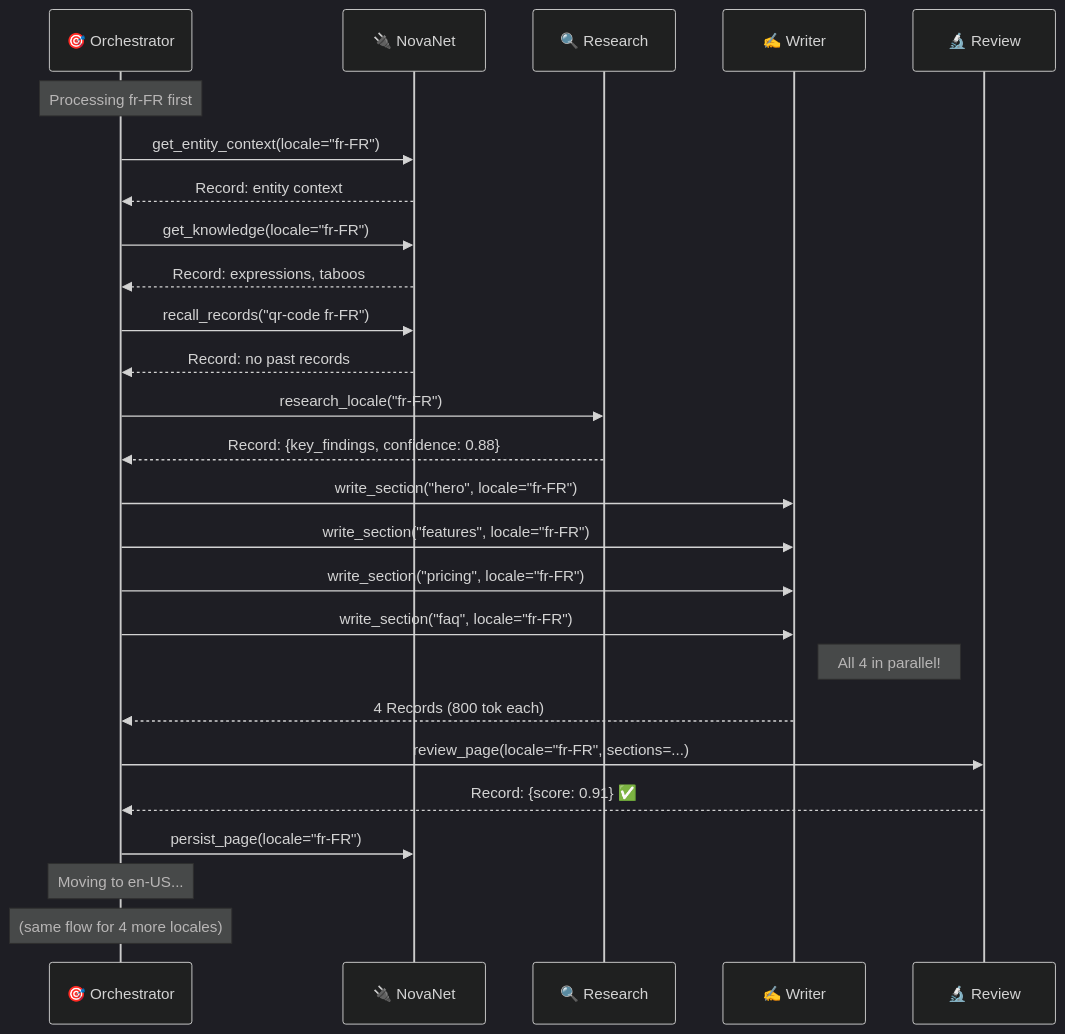
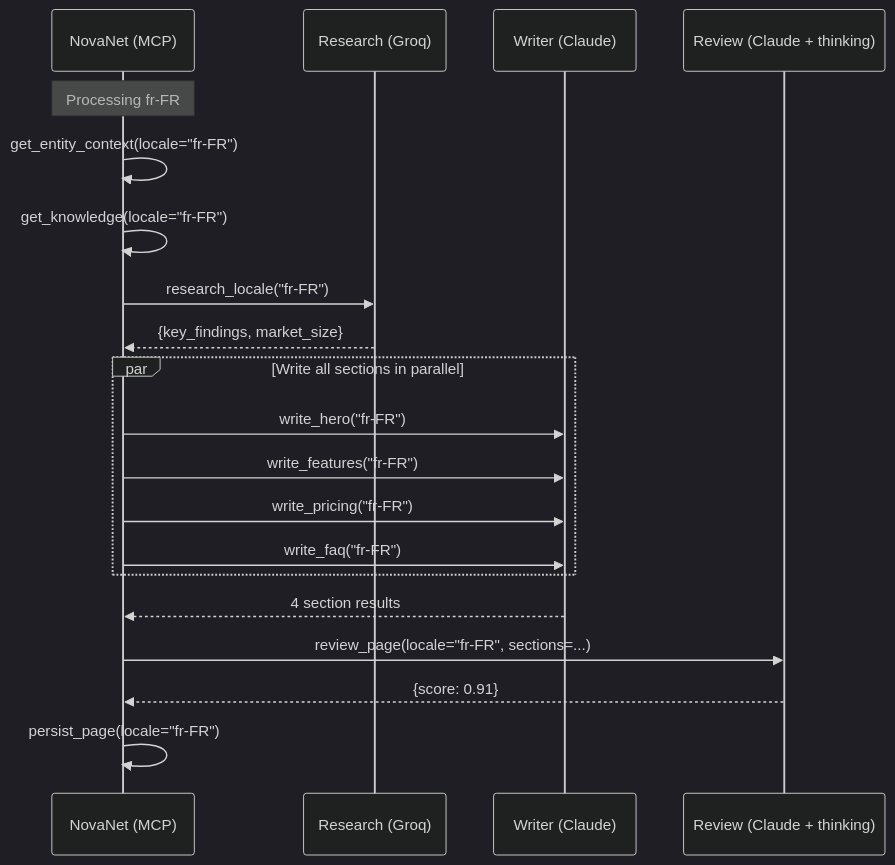
One commit to supernovae-st/nika changed the second of 3 diagrams in docs/vision/09-use-cases-cookbook.md. Above: the diagram before and after it, drawn with Mermaid (dark theme). The commit also changed other lines of this file and 5 other files, not shown here.

````diff
--- a/docs/vision/09-use-cases-cookbook.md
+++ b/docs/vision/09-use-cases-cookbook.md
@@ -472,36 +465,28 @@
 ```mermaid
 sequenceDiagram
-    participant S as 🎯 Orchestrator
-    participant CTX as 🔌 NovaNet
-    participant R as 🔍 Research
-    participant W as ✍️ Writer
-    participant V as 🔬 Review
+    participant CTX as NovaNet (MCP)
+    participant R as Research (Groq)
+    participant W as Writer (Claude)
+    participant V as Review (Claude + thinking)
 
-    Note over S: Processing fr-FR first
+    Note over CTX: Processing fr-FR
 
-    S->>CTX: get_entity_context(locale="fr-FR")
-    CTX-->>S: Record: entity context
-    S->>CTX: get_knowledge(locale="fr-FR")
-    CTX-->>S: Record: expressions, taboos
+    CTX->>CTX: get_entity_context(locale="fr-FR")
+    CTX->>CTX: get_knowledge(locale="fr-FR")
 
-    S->>CTX: recall_records("qr-code fr-FR")
-    CTX-->>S: Record: no past records
+    CTX->>R: research_locale("fr-FR")
+    R-->>CTX: {key_findings, market_size}
 
-    S->>R: research_locale("fr-FR")
-    R-->>S: Record: {key_findings, confidence: 0.88}
+    par Write all sections in parallel
+        CTX->>W: write_hero("fr-FR")
+        CTX->>W: write_features("fr-FR")
+        CTX->>W: write_pricing("fr-FR")
+        CTX->>W: write_faq("fr-FR")
+    end
+    W-->>CTX: 4 section results
 
-    S->>W: write_section("hero", locale="fr-FR")
-    S->>W: write_section("features", locale="fr-FR")
-    S->>W: write_section("pricing", locale="fr-FR")
-    S->>W: write_section("faq", locale="fr-FR")
-    Note right of W: All 4 in parallel!
-    W-->>S: 4 Records (800 tok each)
+    CTX->>V: review_page(locale="fr-FR", sections=...)
+    V-->>CTX: {score: 0.91}
 
-    S->>V: review_page(locale="fr-FR", sections=...)
-    V-->>S: Record: {score: 0.91} ✅
-
-    S->>CTX: persist_page(locale="fr-FR")
-
-    Note over S: Moving to en-US...
-    Note over S: (same flow for 4 more locales)
+    CTX->>CTX: persist_page(locale="fr-FR")
 ```
````
